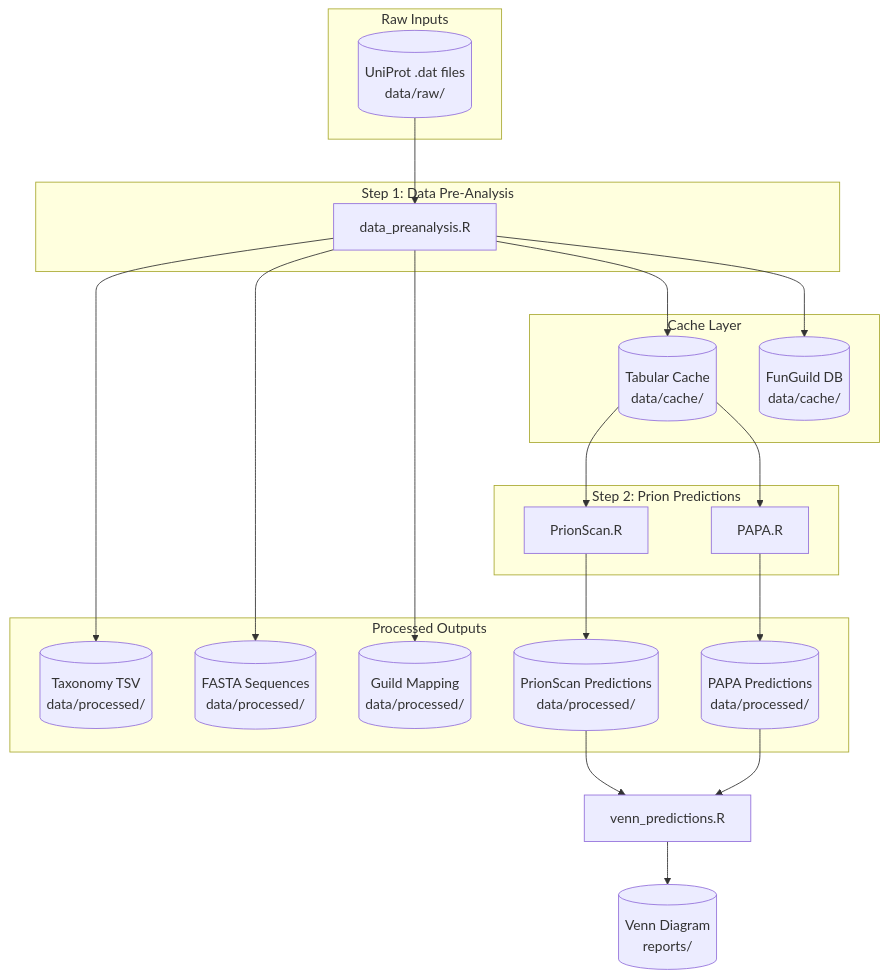
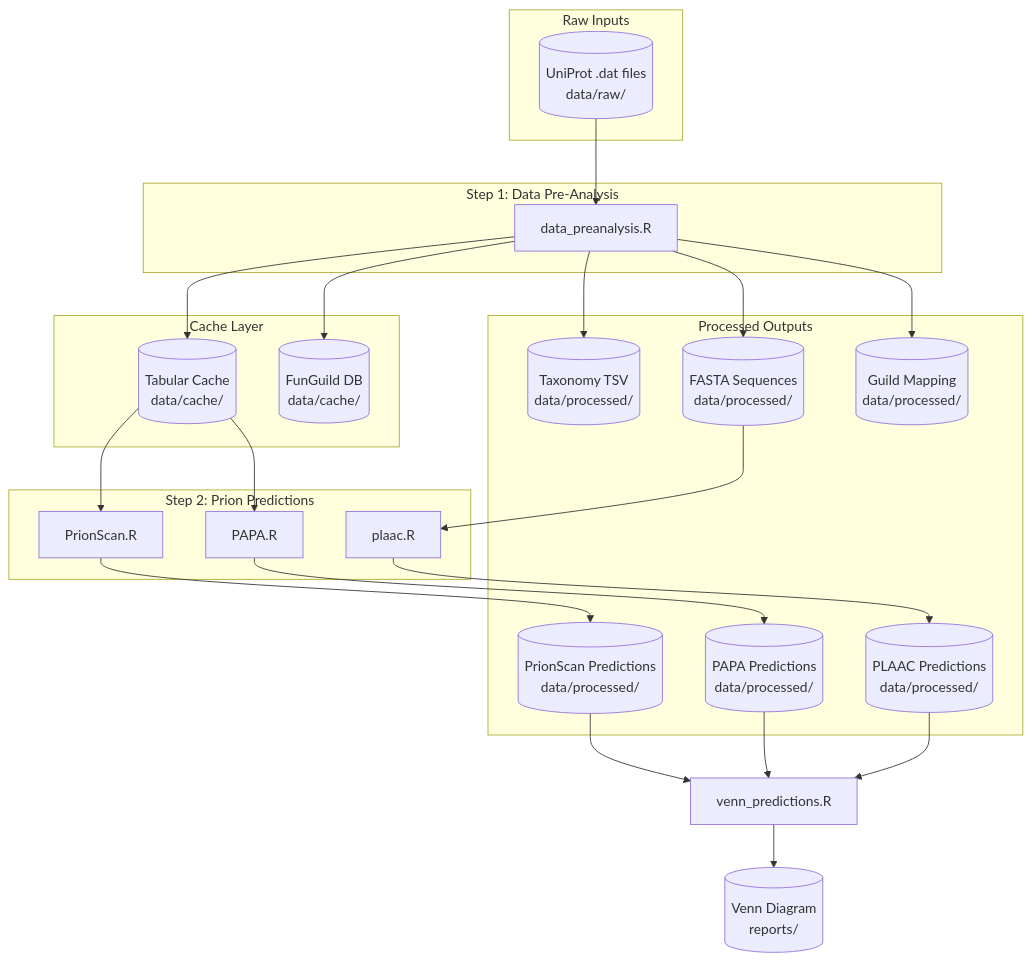
One commit to sghignone/prion-prediction-pipeline changed the diagram in docs/workflow.md. Above: the diagram before and after it, drawn with Mermaid. The commit also changed other lines of this file and 6 other files, not shown here.

````diff
--- a/docs/workflow.md
+++ b/docs/workflow.md
@@ -66,42 +66,47 @@
 ```mermaid
 flowchart TD
     subgraph inputs["Raw Inputs"]
         DAT[("UniProt .dat files<br/>data/raw/")]
     end
 
     subgraph step1["Step 1: Data Pre-Analysis"]
         S1[data_preanalysis.R]
     end
 
     subgraph cache["Cache Layer"]
         TSV[("Tabular Cache<br/>data/cache/")]
         FGDB[("FunGuild DB<br/>data/cache/")]
     end
 
     subgraph step2["Step 2: Prion Predictions"]
         S2[PrionScan.R]
         S3[PAPA.R]
+        S4[plaac.R]
     end
 
     subgraph outputs["Processed Outputs"]
         TAX[("Taxonomy TSV<br/>data/processed/")]
         FASTA[("FASTA Sequences<br/>data/processed/")]
         GUILD[("Guild Mapping<br/>data/processed/")]
         PRION[("PrionScan Predictions<br/>data/processed/")]
         PAPA_OUT[("PAPA Predictions<br/>data/processed/")]
+        PLAAC_OUT[("PLAAC Predictions<br/>data/processed/")]
     end
 
     DAT --> S1
     S1 --> TSV
     S1 --> FGDB
     S1 --> TAX
     S1 --> FASTA
     S1 --> GUILD
     TSV --> S2
     TSV --> S3
+    FASTA --> S4
     S2 --> PRION
     S3 --> PAPA_OUT
+    S4 --> PLAAC_OUT
     PRION --> VENN[venn_predictions.R]
     PAPA_OUT --> VENN
+    PLAAC_OUT --> VENN
     VENN --> VENN_OUT[("Venn Diagram<br/>reports/")]
 ```
````
